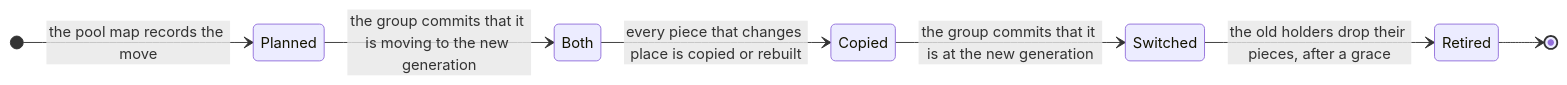
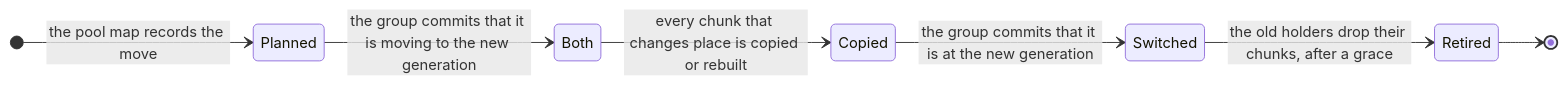
Before and after one commit to mjcarson/shoal: the diagram in docs/src/object-storage/recovery.md, drawn with Mermaid. The commit also changed other lines of this file and 78 other files, not shown here.

````diff
--- a/docs/src/object-storage/recovery.md
+++ b/docs/src/object-storage/recovery.md
@@ -124,10 +124,10 @@
 ```mermaid
 stateDiagram-v2
     direction LR
     [*] --> Planned: the pool map records the move
     Planned --> Both: the group commits that it is moving to the new generation
-    Both --> Copied: every piece that changes place is copied or rebuilt
+    Both --> Copied: every chunk that changes place is copied or rebuilt
     Copied --> Switched: the group commits that it is at the new generation
-    Switched --> Retired: the old holders drop their pieces, after a grace
+    Switched --> Retired: the old holders drop their chunks, after a grace
     Retired --> [*]
 ```
````
